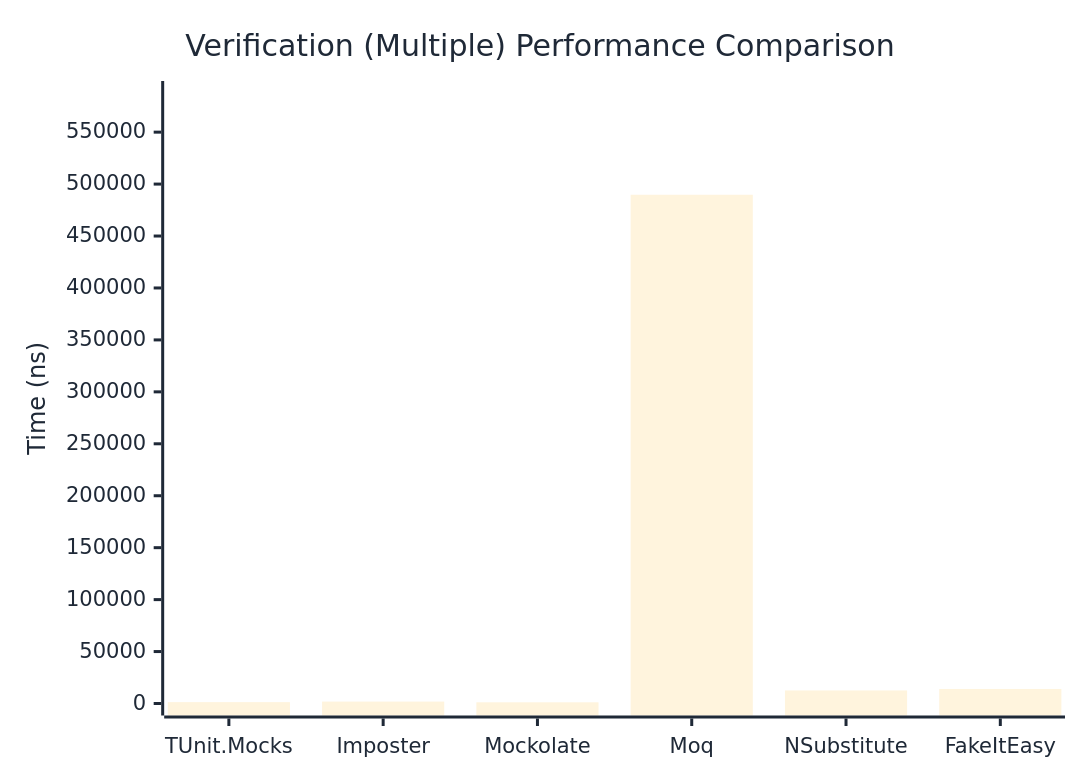
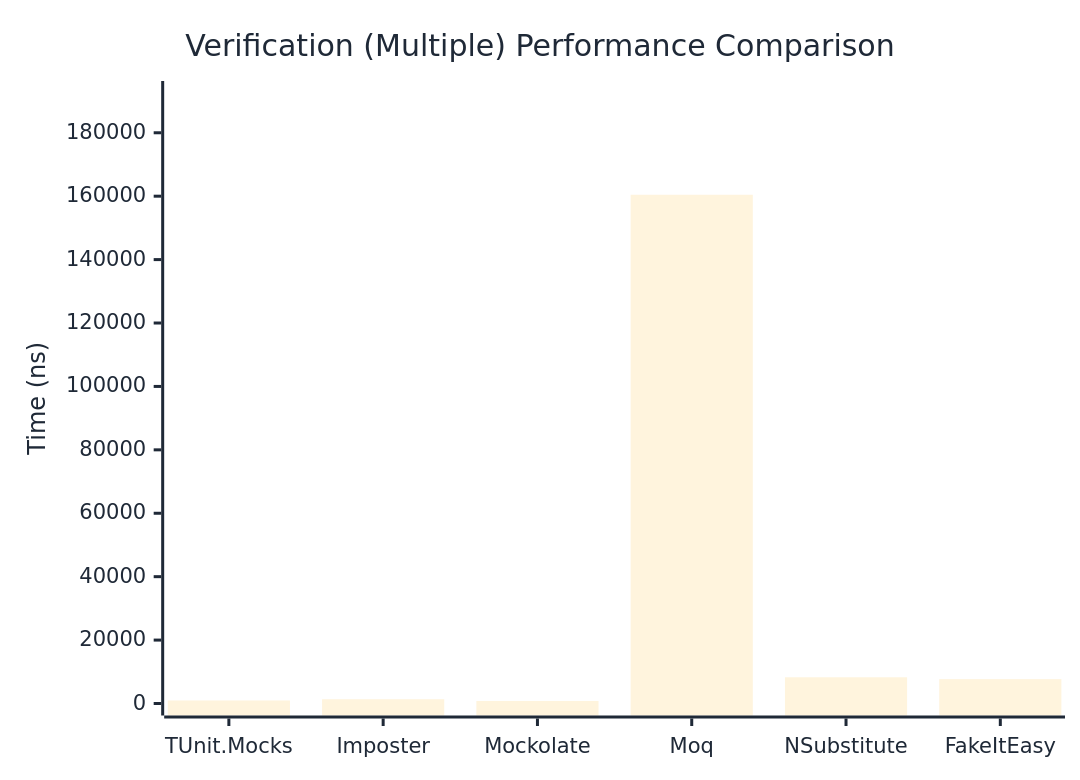
One commit to thomhurst/TUnit changed the third of 3 diagrams in docs/docs/benchmarks/mocks/Verification.md. Above: the diagram before and after it, drawn with Mermaid. The commit also changed other lines of this file and 14 other files, not shown here.

````diff
--- a/docs/docs/benchmarks/mocks/Verification.md
+++ b/docs/docs/benchmarks/mocks/Verification.md
@@ -112,27 +112,27 @@
 ```mermaid
 %%{init: {
   'theme':'base',
   'themeVariables': {
     'primaryColor': '#2563eb',
     'primaryTextColor': '#1f2937',
     'primaryBorderColor': '#1e40af',
     'lineColor': '#6b7280',
     'secondaryColor': '#7c3aed',
     'tertiaryColor': '#dc2626',
     'background': '#ffffff',
     'pie1': '#2563eb',
     'pie2': '#7c3aed',
     'pie3': '#dc2626',
     'pie4': '#f59e0b',
     'pie5': '#10b981',
     'pie6': '#06b6d4',
     'pie7': '#ec4899',
     'pie8': '#6366f1'
   }
 }}%%
 xychart-beta
   title "Verification (Multiple) Performance Comparison"
   x-axis ["TUnit.Mocks", "Imposter", "Mockolate", "Moq", "NSubstitute", "FakeItEasy"]
-  y-axis "Time (ns)" 0 --> 587683
-  bar [1315.71, 1848.88, 1157.64, 489735.48, 12552.98, 13990.18]
+  y-axis "Time (ns)" 0 --> 192544
+  bar [952.87, 1350.99, 798.39, 160453.04, 8266.55, 7689.27]
 ```
````
